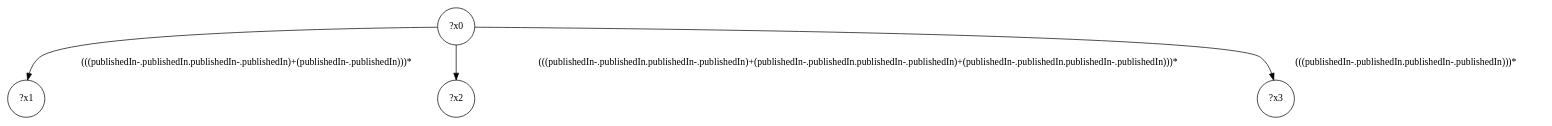
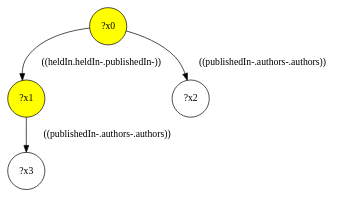
The diagram in demo/test-a/test-a-interface/query-20.dot (gbagan/gmark), drawn with Graphviz before and after one commit. The commit also changed 1061 other files, not shown here.

```diff
--- a/demo/test-a/test-a-interface/query-20.dot
+++ b/demo/test-a/test-a-interface/query-20.dot
@@ -1,9 +1,9 @@
 digraph g {
-	x0 [shape=circle, label="?x0"];
-	x1 [shape=circle, label="?x1"];
-	x0 -> x1 [label="(((publishedIn-.publishedIn.publishedIn-.publishedIn)+(publishedIn-.publishedIn)))*"];
+	x0 [fillcolor="yellow", style="filled," shape=circle, label="?x0"];
+	x1 [fillcolor="yellow", style="filled," shape=circle, label="?x1"];
+	x0 -> x1 [label="((heldIn.heldIn-.publishedIn-))"];
 	x2 [shape=circle, label="?x2"];
-	x0 -> x2 [label="(((publishedIn-.publishedIn.publishedIn-.publishedIn)+(publishedIn-.publishedIn.publishedIn-.publishedIn)+(publishedIn-.publishedIn.publishedIn-.publishedIn)))*"];
+	x0 -> x2 [label="((publishedIn-.authors-.authors))"];
 	x3 [shape=circle, label="?x3"];
-	x0 -> x3 [label="(((publishedIn-.publishedIn.publishedIn-.publishedIn)))*"];
+	x1 -> x3 [label="((publishedIn-.authors-.authors))"];
 }
```
